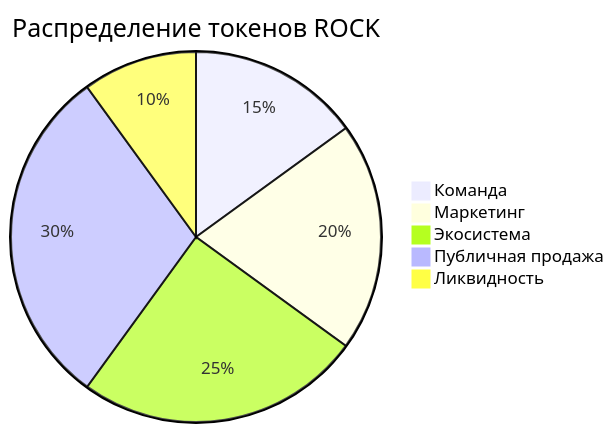
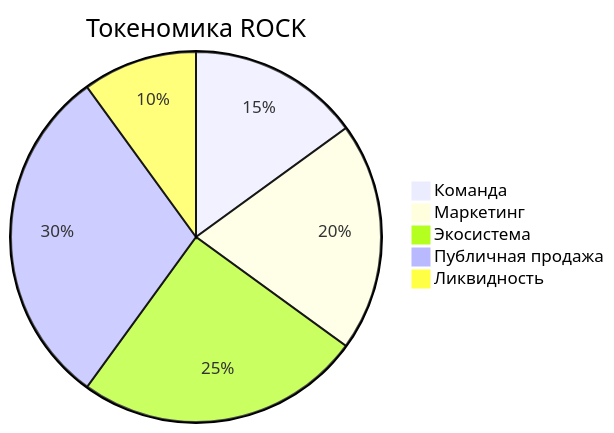
The second of 2 diagrams in README.md (SHARP132/ROCK__COIN), drawn with Mermaid before and after one commit. The commit also changed other lines of this file, not shown here.

````diff
--- a/README.md
+++ b/README.md
@@ -46,9 +31,9 @@
 ```mermaid
 pie
-    title Распределение токенов ROCK
+    title Токеномика ROCK
     "Команда" : 15
     "Маркетинг" : 20
     "Экосистема" : 25
     "Публичная продажа" : 30
     "Ликвидность" : 10
 ```
````
